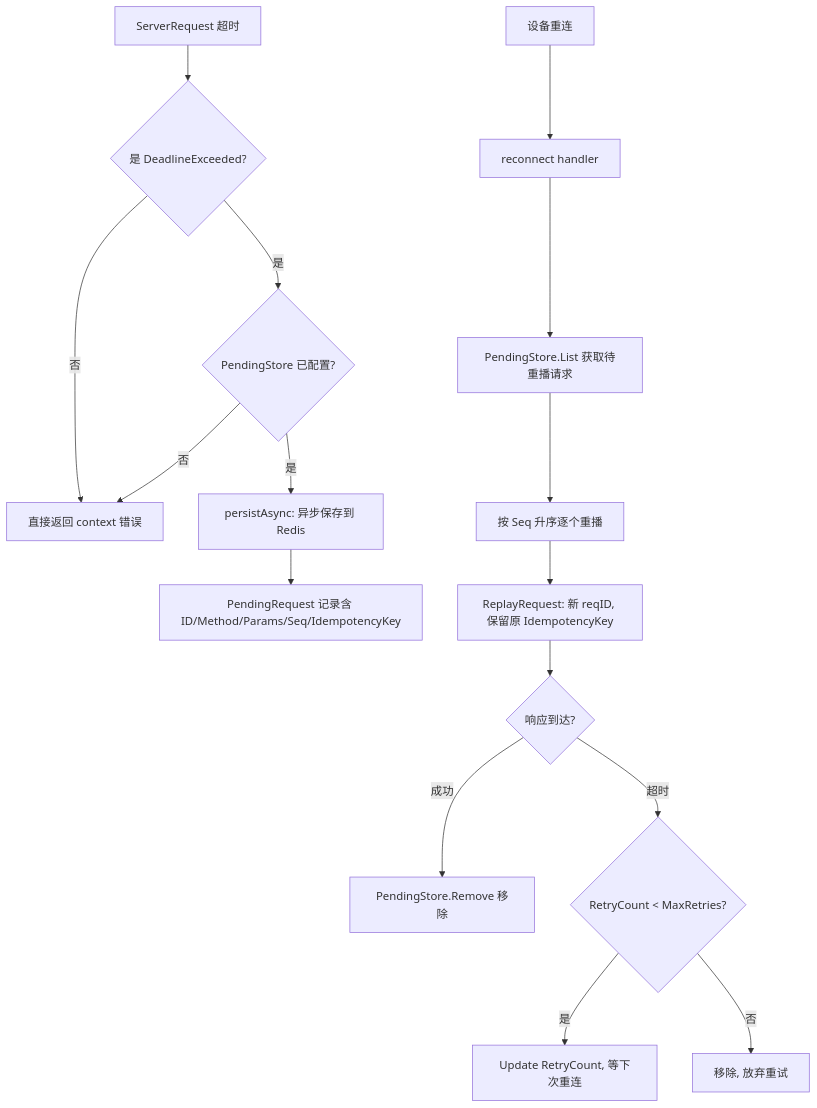
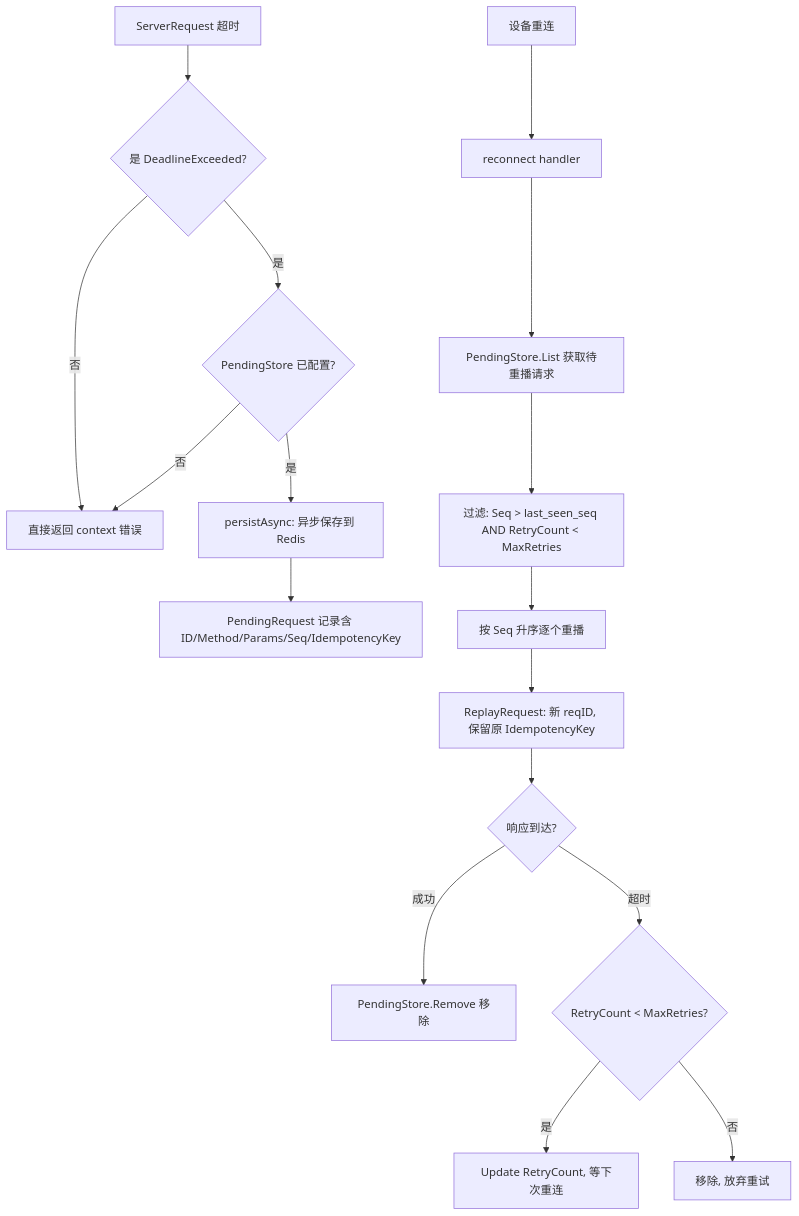
One commit to PineappleBond/xyncra-server changed the sixth of 10 diagrams in wiki/flows/function-registry.md. Above: the diagram before and after it, drawn with Mermaid. The commit also changed other lines of this file and 21 other files, not shown here.

First line of the commit message:
docs(wiki): fix accuracy and completeness issues across all flow documents

````diff
--- a/wiki/flows/function-registry.md
+++ b/wiki/flows/function-registry.md
@@ -304,19 +322,20 @@
 ```mermaid
 flowchart TD
     A[ServerRequest 超时] --> B{是 DeadlineExceeded?}
     B -->|否| C[直接返回 context 错误]
     B -->|是| D{PendingStore 已配置?}
     D -->|否| C
     D -->|是| E[persistAsync: 异步保存到 Redis]
     E --> F[PendingRequest 记录含 ID/Method/Params/Seq/IdempotencyKey]
 
     G[设备重连] --> H[reconnect handler]
     H --> I[PendingStore.List 获取待重播请求]
-    I --> J[按 Seq 升序逐个重播]
-    J --> K[ReplayRequest: 新 reqID, 保留原 IdempotencyKey]
-    K --> L{响应到达?}
-    L -->|成功| M[PendingStore.Remove 移除]
-    L -->|超时| N{RetryCount < MaxRetries?}
-    N -->|是| O[Update RetryCount, 等下次重连]
-    N -->|否| P[移除, 放弃重试]
+    I --> J[过滤: Seq > last_seen_seq AND RetryCount < MaxRetries]
+    J --> K[按 Seq 升序逐个重播]
+    K --> L[ReplayRequest: 新 reqID, 保留原 IdempotencyKey]
+    L --> M{响应到达?}
+    M -->|成功| N[PendingStore.Remove 移除]
+    M -->|超时| O{RetryCount < MaxRetries?}
+    O -->|是| P[Update RetryCount, 等下次重连]
+    O -->|否| Q[移除, 放弃重试]
 ```
````
